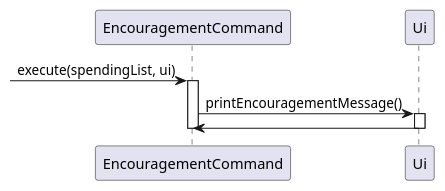
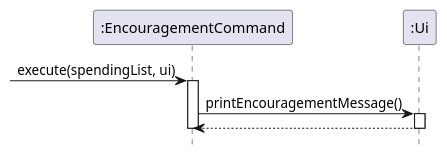
One commit to xieyaoyue/tp changed the diagram in src/uml/EncouragementCommand.puml. Above: the diagram before and after it, drawn with PlantUML. The commit also changed 42 other files, not shown here.

```diff
--- a/src/uml/EncouragementCommand.puml
+++ b/src/uml/EncouragementCommand.puml
@@ -1,10 +1,11 @@
 @startuml
-->EncouragementCommand: execute(spendingList, ui)
-activate EncouragementCommand
-EncouragementCommand -> Ui: printEncouragementMessage()
-activate Ui
-Ui -> EncouragementCommand
-deactivate EncouragementCommand
-deactivate Ui
+hide footbox
+->":EncouragementCommand": execute(spendingList, ui)
+activate ":EncouragementCommand"
+":EncouragementCommand" -> ":Ui": printEncouragementMessage()
+activate ":Ui"
+":Ui" --> ":EncouragementCommand"
+deactivate ":EncouragementCommand"
+deactivate ":Ui"
 
 @enduml
```
